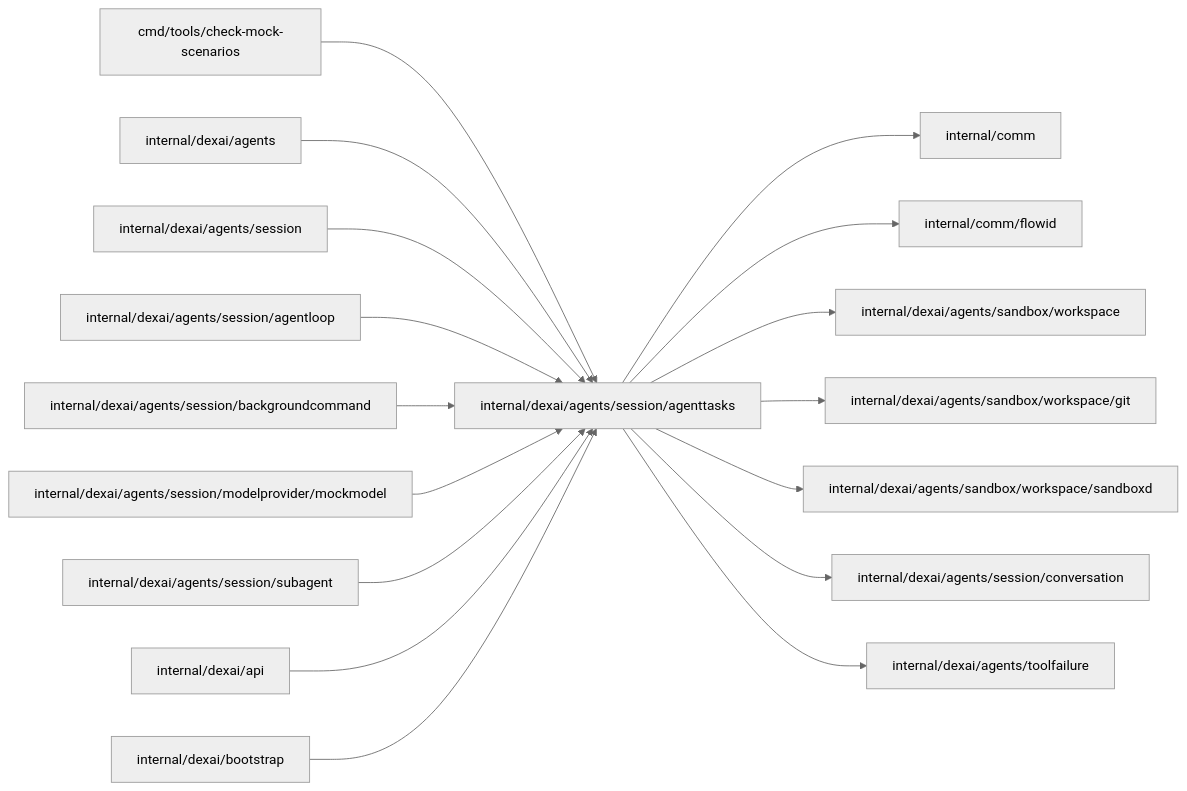
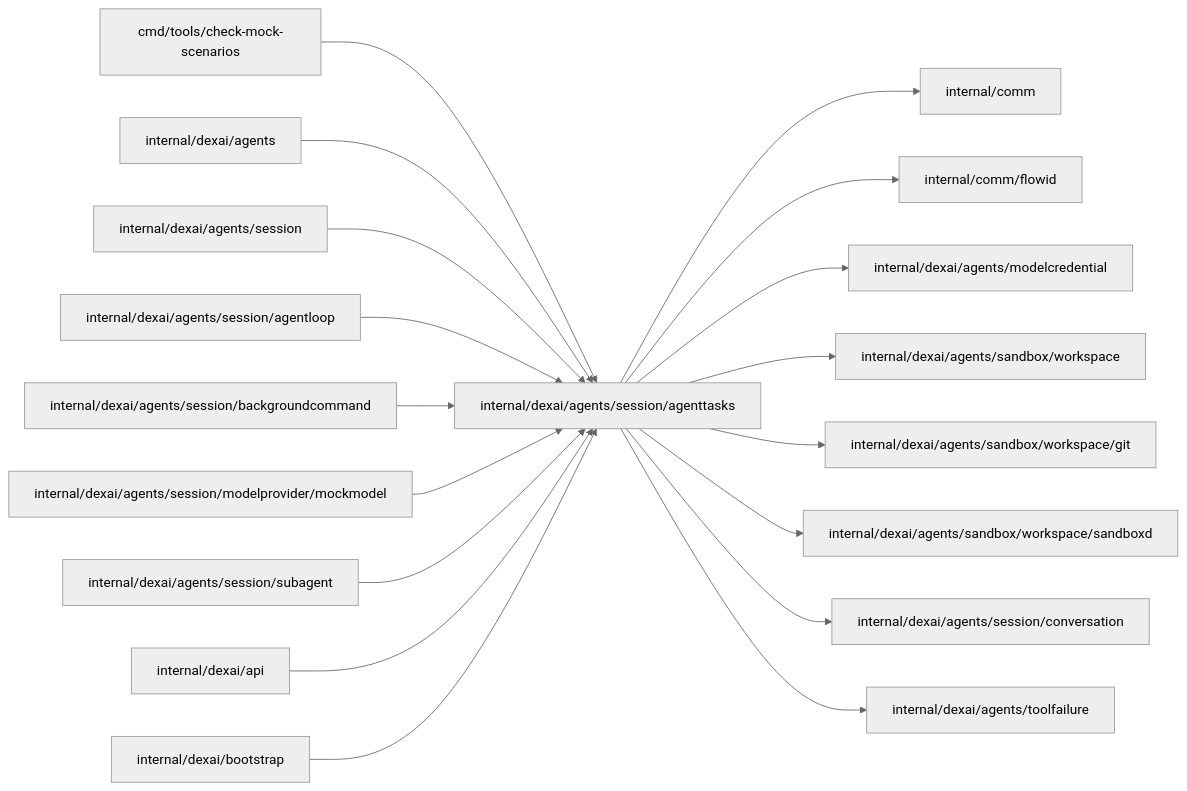
One commit to superdurable/superverse changed the diagram in internal/dexai/agents/session/agenttasks/README.md. Above: the diagram before and after it, drawn with Mermaid (neutral theme). The commit also changed other lines of this file and 112 other files, not shown here.

````diff
--- a/internal/dexai/agents/session/agenttasks/README.md
+++ b/internal/dexai/agents/session/agenttasks/README.md
@@ -10,20 +10,21 @@
 ```mermaid
 flowchart LR
   self["internal/dexai/agents/session/agenttasks"]
   c0["cmd/tools/check-mock-scenarios"] --> self
   c1["internal/dexai/agents"] --> self
   c2["internal/dexai/agents/session"] --> self
   c3["internal/dexai/agents/session/agentloop"] --> self
   c4["internal/dexai/agents/session/backgroundcommand"] --> self
   c5["internal/dexai/agents/session/modelprovider/mockmodel"] --> self
   c6["internal/dexai/agents/session/subagent"] --> self
   c7["internal/dexai/api"] --> self
   c8["internal/dexai/bootstrap"] --> self
   self --> d0["internal/comm"]
   self --> d1["internal/comm/flowid"]
-  self --> d2["internal/dexai/agents/sandbox/workspace"]
-  self --> d3["internal/dexai/agents/sandbox/workspace/git"]
-  self --> d4["internal/dexai/agents/sandbox/workspace/sandboxd"]
-  self --> d5["internal/dexai/agents/session/conversation"]
-  self --> d6["internal/dexai/agents/toolfailure"]
+  self --> d2["internal/dexai/agents/modelcredential"]
+  self --> d3["internal/dexai/agents/sandbox/workspace"]
+  self --> d4["internal/dexai/agents/sandbox/workspace/git"]
+  self --> d5["internal/dexai/agents/sandbox/workspace/sandboxd"]
+  self --> d6["internal/dexai/agents/session/conversation"]
+  self --> d7["internal/dexai/agents/toolfailure"]
 ```
````
